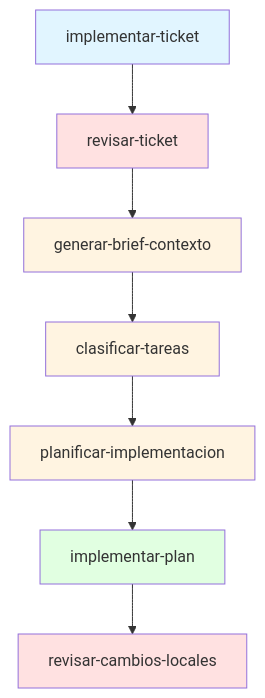
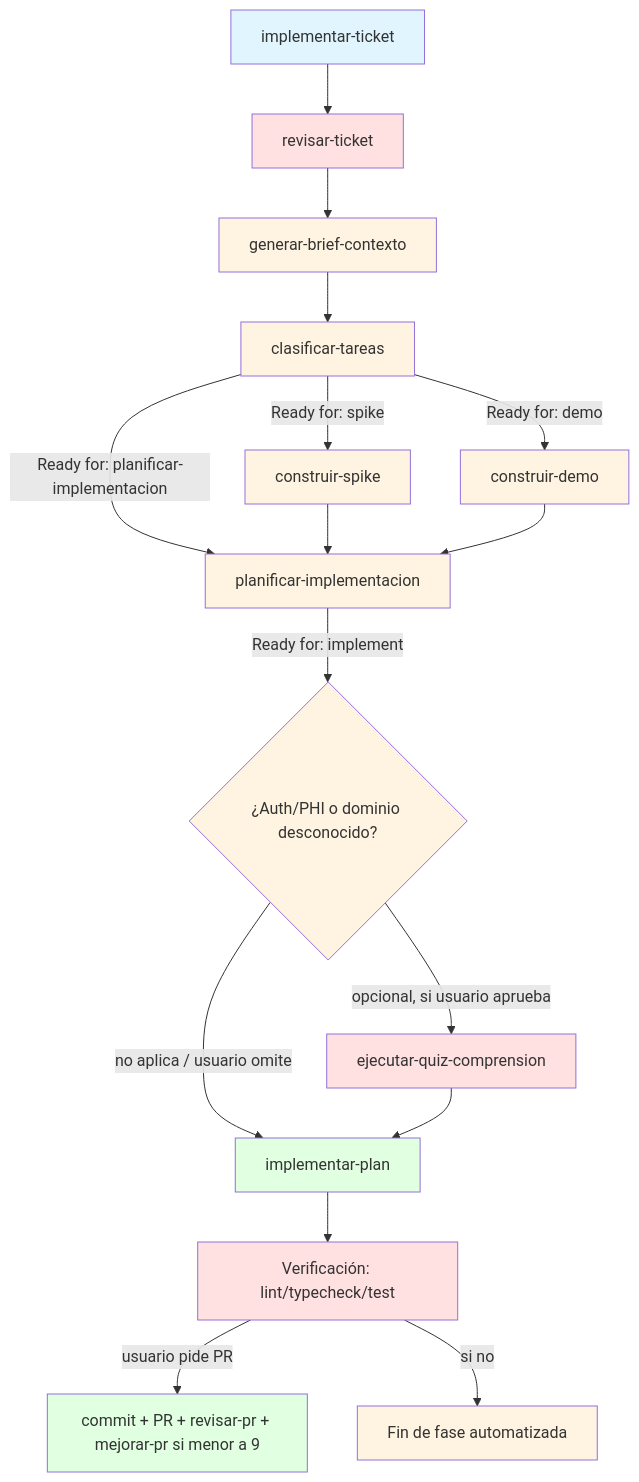
Before and after one commit to gilmrjc/factory: the eighth of 9 diagrams in docs/workflows.md, drawn with Mermaid. The commit also changed other lines of this file and 139 other files, not shown here.

````diff
--- a/docs/workflows.md
+++ b/docs/workflows.md
@@ -168,17 +469,32 @@
 ```mermaid
 flowchart TD
     A[implementar-ticket] --> B[revisar-ticket]
     B --> C[generar-brief-contexto]
     C --> D[clasificar-tareas]
-    D --> E[planificar-implementacion]
-    E --> F[implementar-plan]
-    F --> G[revisar-cambios-locales]
-    
+    D -->|Ready for: spike| S[construir-spike]
+    D -->|Ready for: demo| H[construir-demo]
+    D -->|Ready for: planificar-implementacion| E[planificar-implementacion]
+    S --> E
+    H --> E
+    E -->|Ready for: implement| Qz{¿Auth/PHI o dominio desconocido?}
+    Qz -->|opcional, si usuario aprueba| QZ[ejecutar-quiz-comprension]
+    Qz -->|no aplica / usuario omite| F[implementar-plan]
+    QZ --> F
+    F --> G[Verificación: lint/typecheck/test]
+    G -->|usuario pide PR| PR[commit + PR + revisar-pr + mejorar-pr si menor a 9]
+    G -->|si no| END[Fin de fase automatizada]
+
     style A fill:#e1f5ff
     style B fill:#ffe1e1
     style C fill:#fff4e1
     style D fill:#fff4e1
+    style S fill:#fff4e1
+    style H fill:#fff4e1
     style E fill:#fff4e1
+    style Qz fill:#fff4e1
+    style QZ fill:#ffe1e1
     style F fill:#e1ffe1
     style G fill:#ffe1e1
+    style PR fill:#e1ffe1
+    style END fill:#fff4e1
 ```
````
